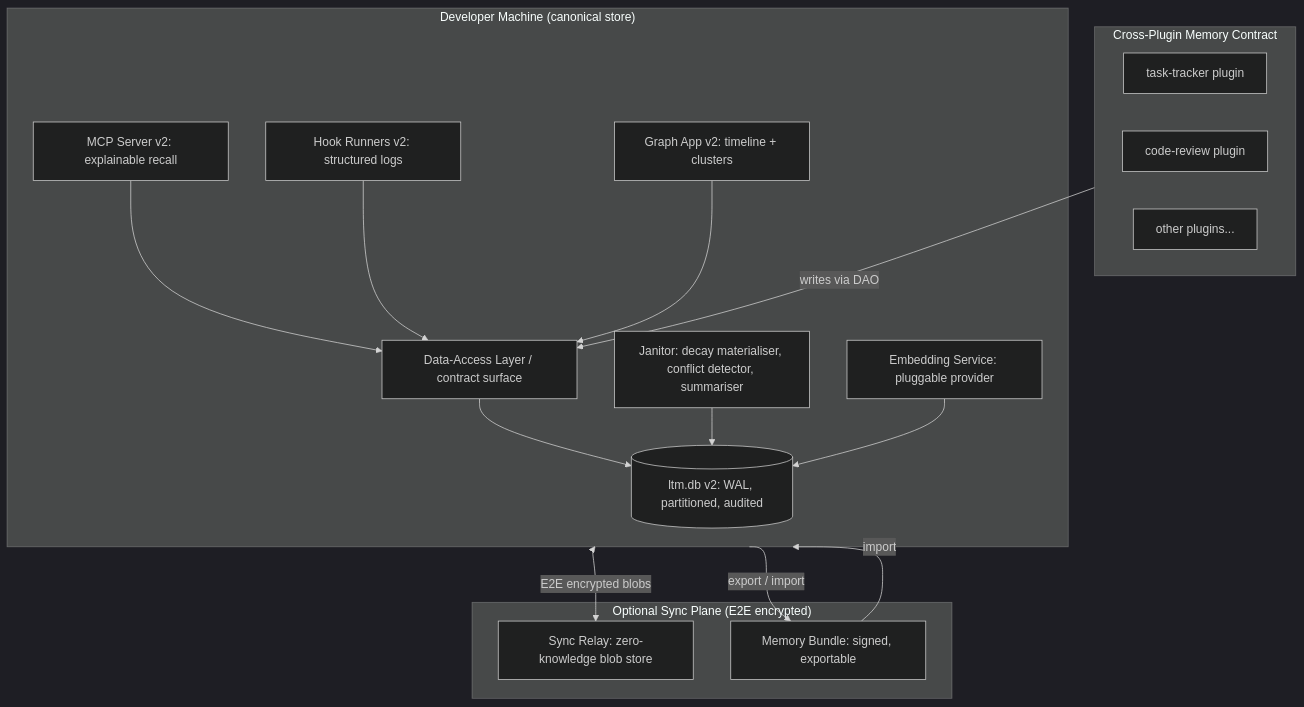
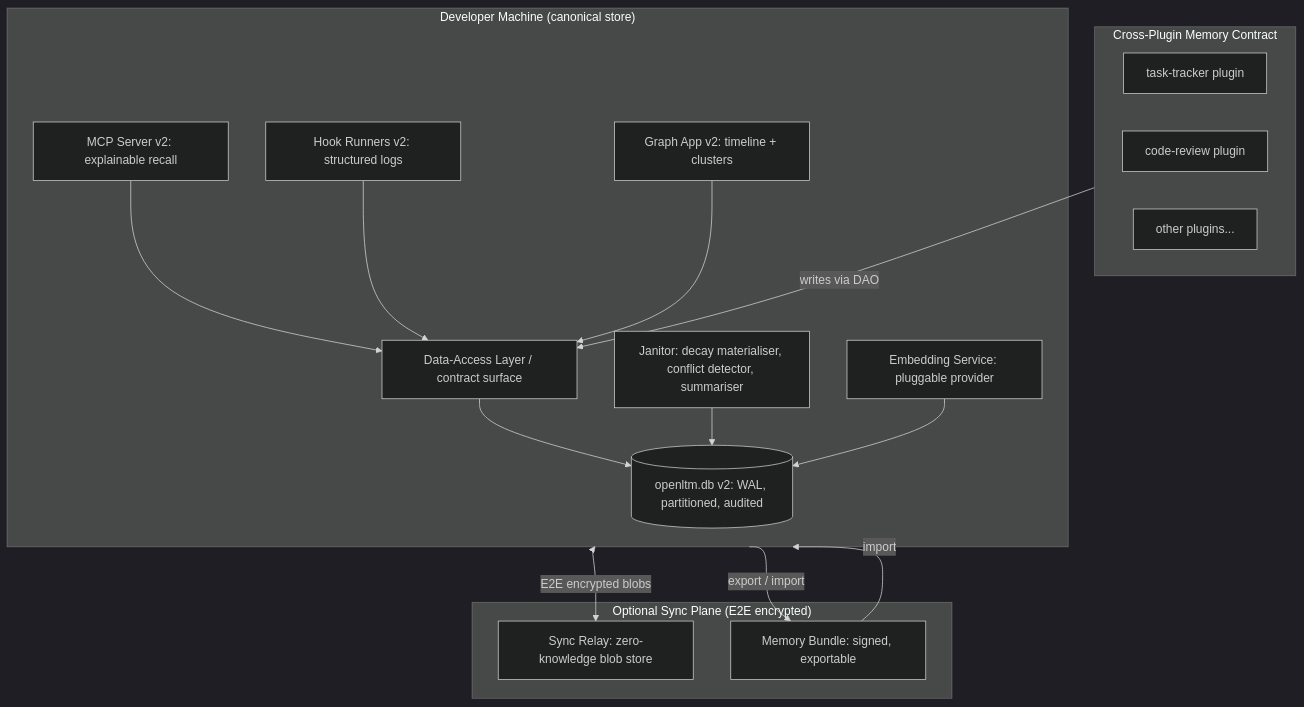
The seventh of 11 diagrams in docs/architecture.md (RohiRIK/OpenLtm), drawn with Mermaid (dark theme) before and after one commit. The commit also changed other lines of this file and 185 other files, not shown here.

First line of the commit message:
refactor(rename)!: ltm -> openltm / OpenLtm (brand + npm + DB-file path)

````diff
--- a/docs/architecture.md
+++ b/docs/architecture.md
@@ -753,34 +753,34 @@
 ```mermaid
 flowchart TB
   subgraph Local["Developer Machine (canonical store)"]
-    DB[(ltm.db v2: WAL, partitioned, audited)]
+    DB[(openltm.db v2: WAL, partitioned, audited)]
     Embed[Embedding Service: pluggable provider]
     Janitor[Janitor: decay materialiser, conflict detector, summariser]
     DAO[Data-Access Layer / contract surface]
     MCP[MCP Server v2: explainable recall]
     Hooks[Hook Runners v2: structured logs]
     Graph[Graph App v2: timeline + clusters]
   end
 
   subgraph Sync["Optional Sync Plane (E2E encrypted)"]
     Relay[Sync Relay: zero-knowledge blob store]
     Bundle[Memory Bundle: signed, exportable]
   end
 
   subgraph Ecosystem["Cross-Plugin Memory Contract"]
     TaskTracker[task-tracker plugin]
     CodeReview[code-review plugin]
     Other[other plugins...]
   end
 
   Local <-- E2E encrypted blobs --> Relay
   Local -- export / import --> Bundle
   Bundle -- import --> Local
   Ecosystem -- writes via DAO --> DAO
   DAO --> DB
   Janitor --> DB
   MCP --> DAO
   Hooks --> DAO
   Embed --> DB
   Graph --> DAO
 ```
````
